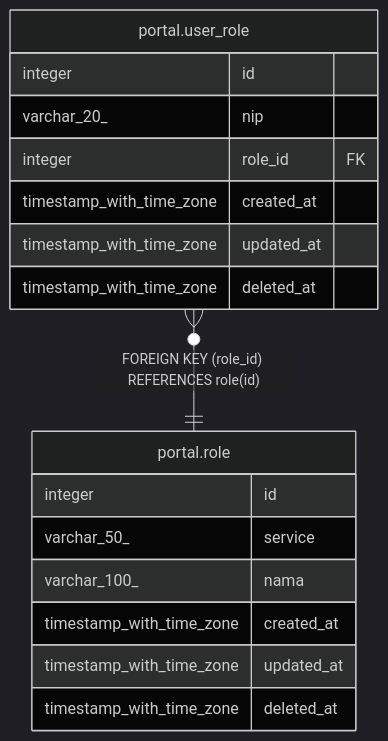
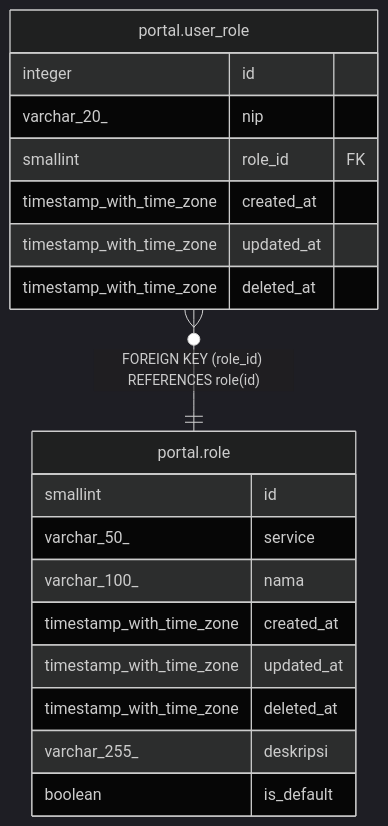
Before and after one commit to nandanugg/triforce.nvim: the diagram in services/portal/docs/db/portal.user_role.md, drawn with Mermaid (dark theme). The commit also changed other lines of this file and 11 other files, not shown here.

````diff
--- a/services/portal/docs/db/portal.user_role.md
+++ b/services/portal/docs/db/portal.user_role.md
@@ -32,22 +32,24 @@
 ```mermaid
 erDiagram
 
 "portal.user_role" }o--|| "portal.role" : "FOREIGN KEY (role_id) REFERENCES role(id)"
 
 "portal.user_role" {
   integer id
   varchar_20_ nip
-  integer role_id FK
+  smallint role_id FK
   timestamp_with_time_zone created_at
   timestamp_with_time_zone updated_at
   timestamp_with_time_zone deleted_at
 }
 "portal.role" {
-  integer id
+  smallint id
   varchar_50_ service
   varchar_100_ nama
   timestamp_with_time_zone created_at
   timestamp_with_time_zone updated_at
   timestamp_with_time_zone deleted_at
+  varchar_255_ deskripsi
+  boolean is_default
 }
 ```
````
